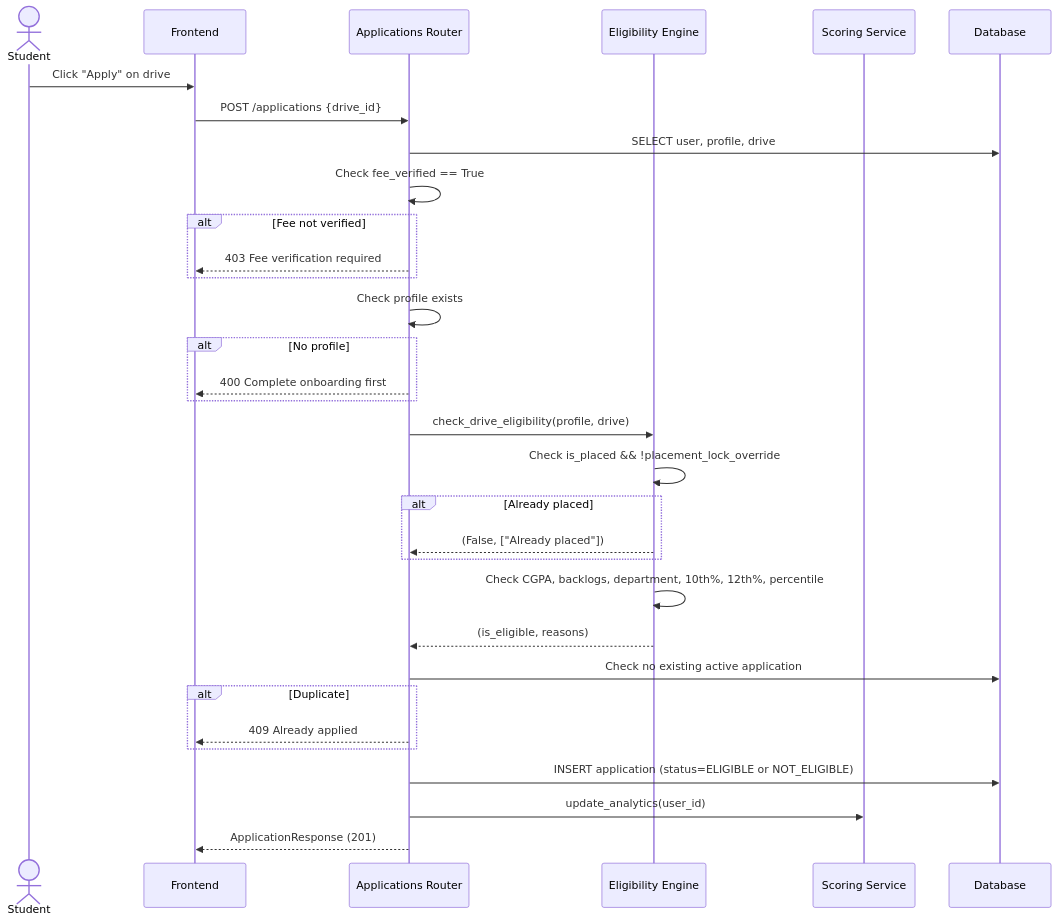
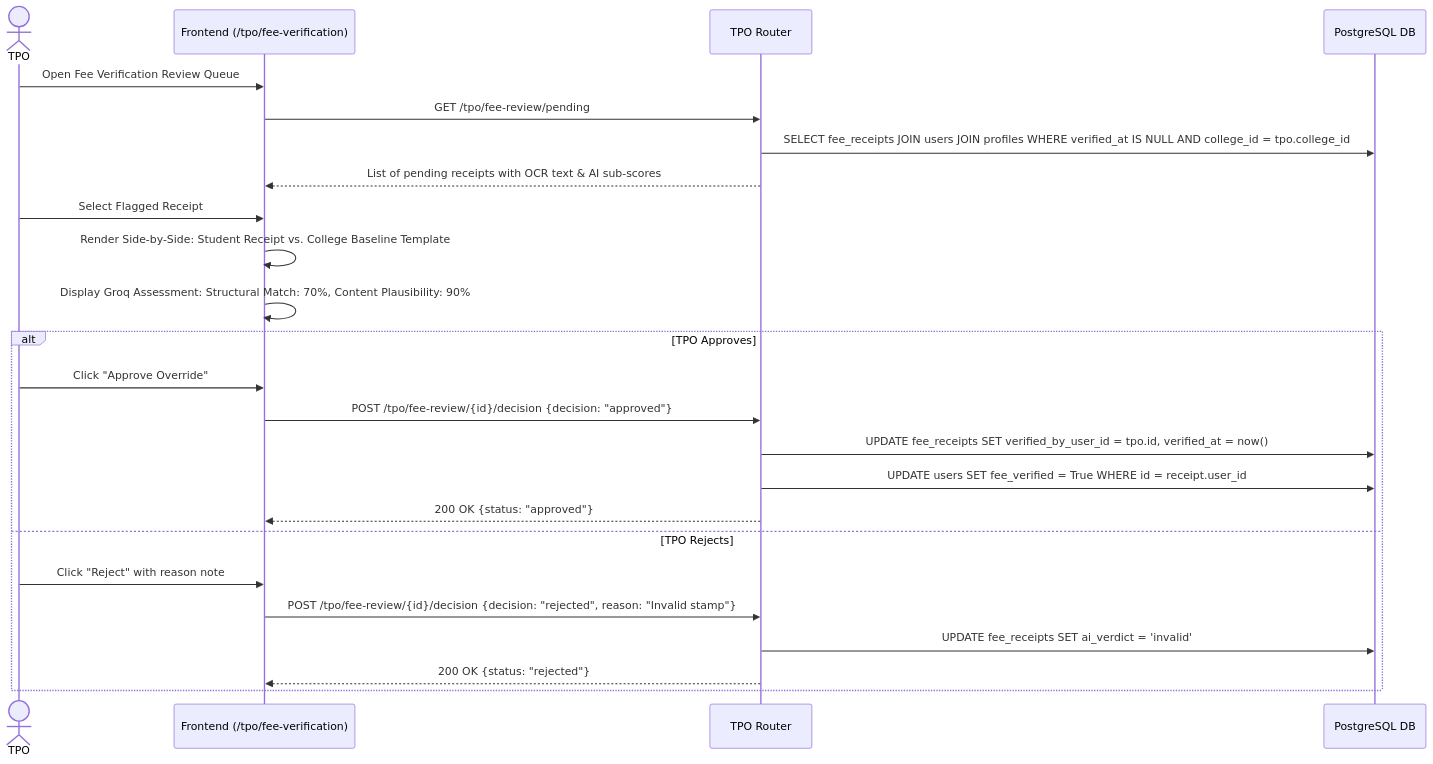
Before and after one commit to prathamraval33/7th-sem-project: diagram 13 of 39 in info.md, drawn with Mermaid. The commit also changed other lines of this file and 11 other files, not shown here.

````diff
--- a/info.md
+++ b/info.md
@@ -1143,35 +2308,29 @@
 ```mermaid
 sequenceDiagram
-    actor Student
-    participant FE as Frontend
-    participant App as Applications Router
-    participant Engine as Eligibility Engine
-    participant Scoring as Scoring Service
-    participant DB as Database
+    actor TPO
+    participant FE as Frontend (/tpo/fee-verification)
+    participant TPORouter as TPO Router
+    participant DB as PostgreSQL DB
 
-    Student->>FE: Click "Apply" on drive
-    FE->>App: POST /applications {drive_id}
-    App->>DB: SELECT user, profile, drive
-    App->>App: Check fee_verified == True
-    alt Fee not verified
-        App-->>FE: 403 Fee verification required
+    TPO->>FE: Open Fee Verification Review Queue
+    FE->>TPORouter: GET /tpo/fee-review/pending
+    TPORouter->>DB: SELECT fee_receipts JOIN users JOIN profiles WHERE verified_at IS NULL AND college_id = tpo.college_id
+    TPORouter-->>FE: List of pending receipts with OCR text & AI sub-scores
+
+    TPO->>FE: Select Flagged Receipt
+    FE->>FE: Render Side-by-Side: Student Receipt vs. College Baseline Template
+    FE->>FE: Display Groq Assessment: Structural Match: 70%, Content Plausibility: 90%
+    
+    alt TPO Approves
+        TPO->>FE: Click "Approve Override"
+        FE->>TPORouter: POST /tpo/fee-review/{id}/decision {decision: "approved"}
+        TPORouter->>DB: UPDATE fee_receipts SET verified_by_user_id = tpo.id, verified_at = now()
+        TPORouter->>DB: UPDATE users SET fee_verified = True WHERE id = receipt.user_id
+        TPORouter-->>FE: 200 OK {status: "approved"}
+    else TPO Rejects
+        TPO->>FE: Click "Reject" with reason note
+        FE->>TPORouter: POST /tpo/fee-review/{id}/decision {decision: "rejected", reason: "Invalid stamp"}
+        TPORouter->>DB: UPDATE fee_receipts SET ai_verdict = 'invalid'
+        TPORouter-->>FE: 200 OK {status: "rejected"}
     end
-    App->>App: Check profile exists
-    alt No profile
-        App-->>FE: 400 Complete onboarding first
-    end
-    App->>Engine: check_drive_eligibility(profile, drive)
-    Engine->>Engine: Check is_placed && !placement_lock_override
-    alt Already placed
-        Engine-->>App: (False, ["Already placed"])
-    end
-    Engine->>Engine: Check CGPA, backlogs, department, 10th%, 12th%, percentile
-    Engine-->>App: (is_eligible, reasons)
-    App->>DB: Check no existing active application
-    alt Duplicate
-        App-->>FE: 409 Already applied
-    end
-    App->>DB: INSERT application (status=ELIGIBLE or NOT_ELIGIBLE)
-    App->>Scoring: update_analytics(user_id)
-    App-->>FE: ApplicationResponse (201)
 ```
````
